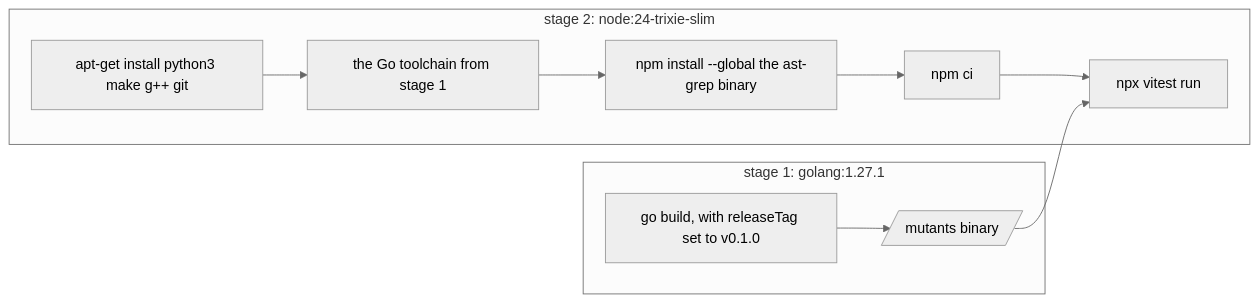
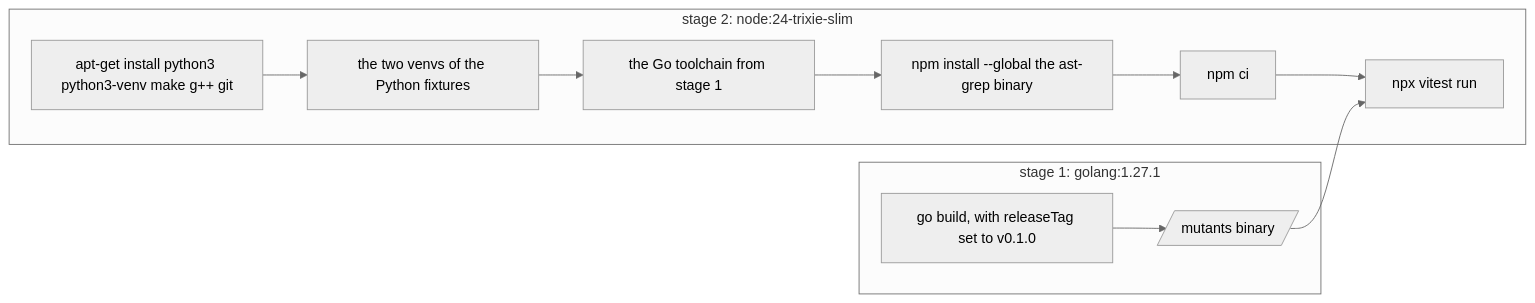
The third of 3 diagrams in docs/e2e-tests.md (hpcsc/mutants), drawn with Mermaid (neutral theme) before and after one commit. The commit also changed other lines of this file and 6 other files, not shown here.

````diff
--- a/docs/e2e-tests.md
+++ b/docs/e2e-tests.md
@@ -134,13 +160,14 @@
 ```mermaid
 flowchart LR
     subgraph builder["stage 1: golang:1.27.1"]
         G["go build, with releaseTag set to v0.1.0"] --> BIN[/"mutants binary"/]
     end
     subgraph runner["stage 2: node:24-trixie-slim"]
-        APT["apt-get install python3 make g++ git"] --> GO["the Go toolchain from stage 1"]
+        APT["apt-get install python3 python3-venv make g++ git"] --> VENV["the two venvs of the Python fixtures"]
+        VENV --> GO["the Go toolchain from stage 1"]
         GO --> SG["npm install --global the ast-grep binary"]
         SG --> NPM["npm ci"]
         NPM --> RUN["npx vitest run"]
     end
     BIN --> RUN
 ```
````
